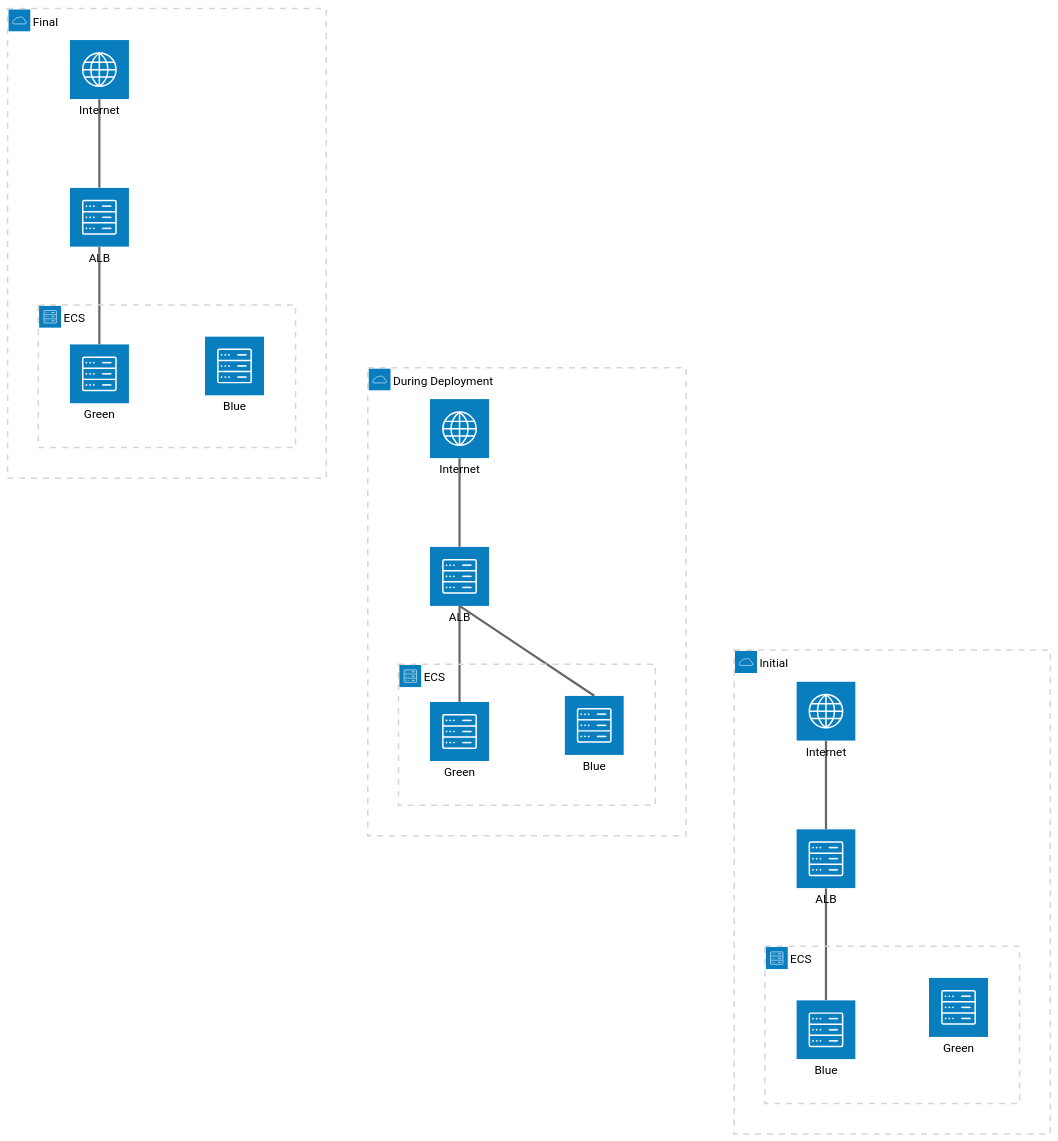
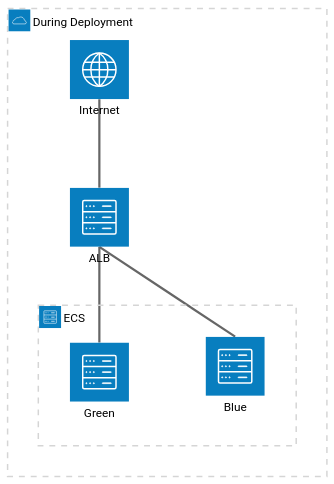
Before and after one commit to shinesolutions/ecs-blue-green-demo: the second of 3 diagrams in README.md, drawn with Mermaid (neutral theme).

Commit message:
Split the mermaid diagrams so they don't look so weird

````diff
--- a/README.md
+++ b/README.md
@@ -11,38 +26,14 @@
 ```mermaid
 architecture-beta
-    group initial(cloud)[Initial]
-
-    service internet_i(internet)[Internet] in initial
-    service alb_i(server)[ALB] in initial
-    
-    group ecs_i(server)[ECS] in initial
-    service blue_i(server)[Blue] in ecs_i
-    service green_i(server)[Green] in ecs_i
-
-    internet_i:B -- T:alb_i
-    alb_i:B -- T:blue_i
-
     group deploy(cloud)[During Deployment]
     service internet_d(internet)[Internet] in deploy
     service alb_d(server)[ALB] in deploy
     
     group ecs_d(server)[ECS] in deploy
     service blue_d(server)[Blue] in ecs_d
     service green_d(server)[Green] in ecs_d
 
     internet_d:B -- T:alb_d
     alb_d:B -- T:blue_d
     alb_d:B -- T:green_d
-
-    group final(cloud)[Final]
-
-    service internet_f(internet)[Internet] in final
-    service alb_f(server)[ALB] in final
-    
-    group ecs_f(server)[ECS] in final
-    service blue_f(server)[Blue] in ecs_f
-    service green_f(server)[Green] in ecs_f
-
-    internet_f:B -- T:alb_f
-    alb_f:B -- T:green_f
 ```
````
